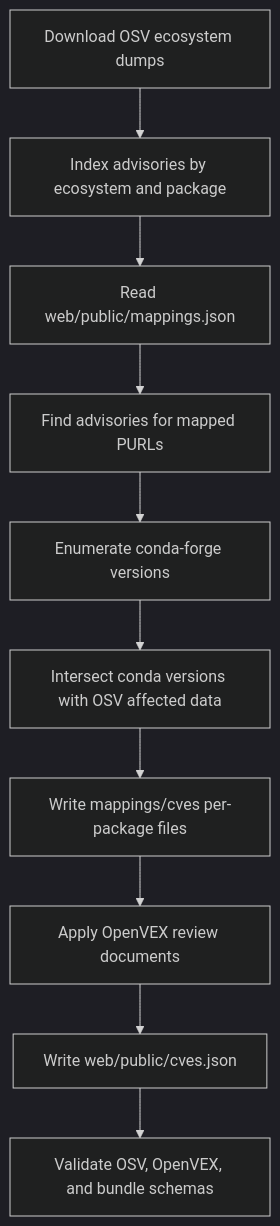
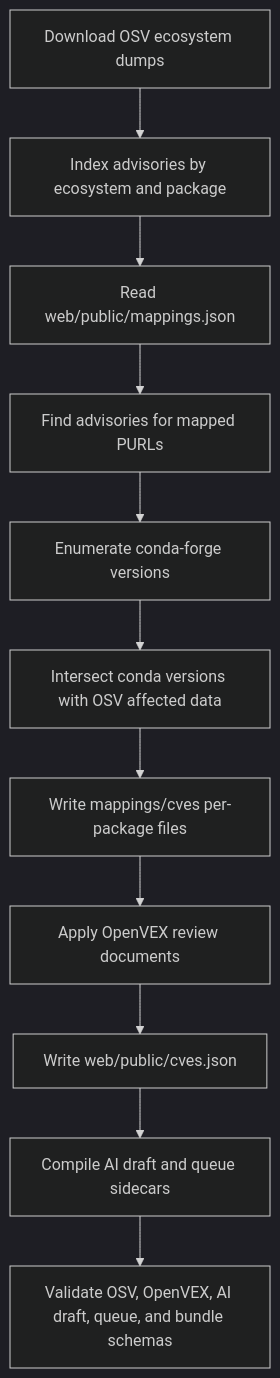
One commit to prefix-dev/purl-associator changed the third of 8 diagrams in README.md. Above: the diagram before and after it, drawn with Mermaid (dark theme). The commit also changed other lines of this file and 15 other files, not shown here.

````diff
--- a/README.md
+++ b/README.md
@@ -90,12 +100,13 @@
 ```mermaid
 flowchart TD
   A[Download OSV ecosystem dumps] --> B[Index advisories by ecosystem and package]
   B --> C[Read web/public/mappings.json]
   C --> D[Find advisories for mapped PURLs]
   D --> E[Enumerate conda-forge versions]
   E --> F[Intersect conda versions with OSV affected data]
   F --> G[Write mappings/cves per-package files]
   G --> H[Apply OpenVEX review documents]
   H --> I[Write web/public/cves.json]
-  I --> J[Validate OSV, OpenVEX, and bundle schemas]
+  I --> J[Compile AI draft and queue sidecars]
+  J --> K[Validate OSV, OpenVEX, AI draft, queue, and bundle schemas]
 ```
````
